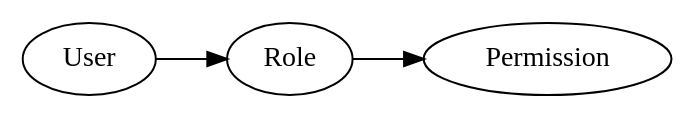
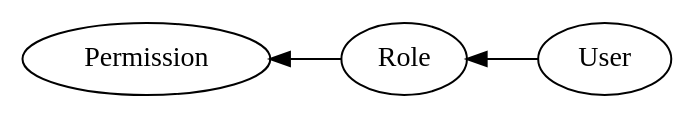
One commit to byceps/byceps changed the first of 2 diagrams in docs/concepts/authorization.rst. Above: the diagram before and after it, drawn with Graphviz.

Commit message:
Flipped user/role/permission graph image and moved it above the item list.

```diff
--- a/docs/concepts/authorization.rst
+++ b/docs/concepts/authorization.rst
@@ -25,5 +10,5 @@
 .. digraph:: unnamed
 
-   rankdir=LR
+   rankdir=RL
 
    User -> Role -> Permission
```
